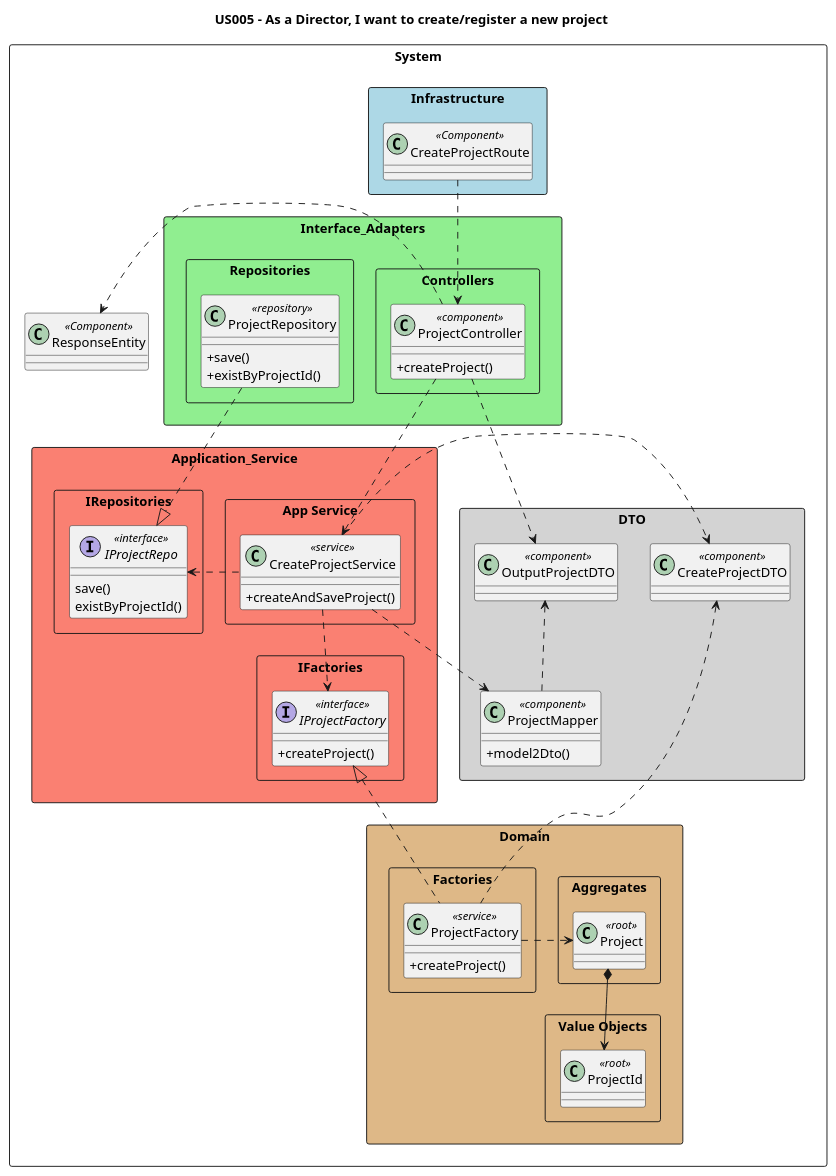
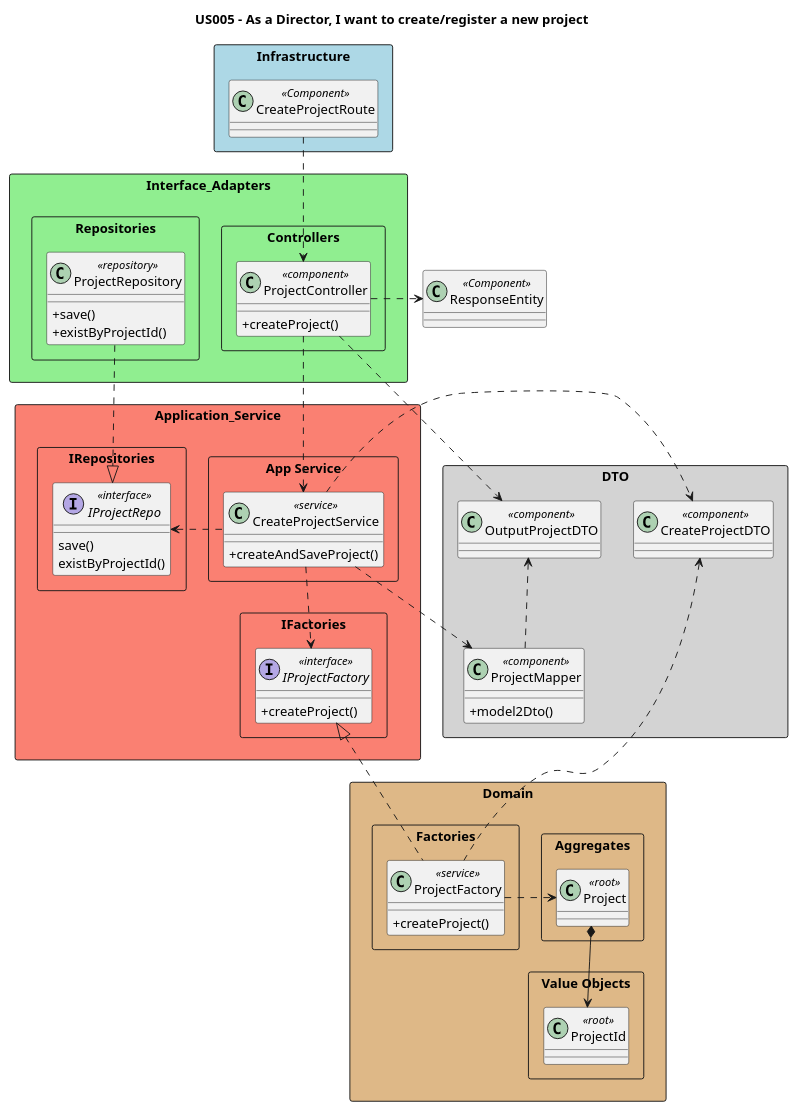
The diagram in docs/Sprint1/US005/US005-CD.puml (nunogon1211787/projectManagement), drawn with PlantUML before and after one commit. The commit also changed 11 other files, not shown here.

```diff
--- a/docs/Sprint1/US005/US005-CD.puml
+++ b/docs/Sprint1/US005/US005-CD.puml
@@ -1,104 +1,103 @@
 @startuml
 'https://plantuml.com/class-diagram
 
 skinparam classAttributeIconSize 0
 
 title US005 - As a Director, I want to create/register a new project
 
 
-package "System" <<Rectangle>> {
 
 '-------------------INFRASTRUCTURE-----------------------'
 package "Infrastructure" <<Rectangle>>  #lightblue {
 class "CreateProjectRoute" as infra <<Component>>{
 }
 }
 
 
 '-------------------INTERFACE ADAPTERS-------------------'
 package Interface_Adapters <<Rectangle>> #lightgreen{
 package "Controllers" <<Rectangle>> {
 class "ProjectController" as Ctrl <<component>> {
 +createProject()
 }
 }
 package Repositories <<Rectangle>> {
 class "ProjectRepository" as projectRepo <<repository>> {
 +save()
 +existByProjectId()
 }
 }
 }
 
 '-------------------APPLICATION SERVICE------------------'
 package Application_Service <<Rectangle>> #salmon {
 package IFactories <<Rectangle>> {
 interface "IProjectFactory" as inter <<interface>>{
 +createProject()
 }
 }
 package IRepositories <<Rectangle>> {
 interface "IProjectRepo" as iRepo <<interface>>{
 save()
 existByProjectId()
 }
 }
 
 package "App Service" <<Rectangle>> {
 class "CreateProjectService" as service <<service>> {
 +createAndSaveProject()
 }
 }
 }
 
 
 '-------------------DOMAIN-------------------------------'
 package Domain <<Rectangle>> #burlywood{
 package "Aggregates" <<Rectangle>> {
 class "Project" as project <<root>>
 }
 package "Factories" <<Rectangle>> {
 class "ProjectFactory" as factory <<service>> {
 +createProject()
 }
 }
 package "Value Objects" <<Rectangle>> {
 class "ProjectId" as projId <<root>>
 }
 }
 
 
 '-------------------DTO----------------------------------'
 package "DTO" <<Rectangle>> #lightgrey{
 class "ProjectMapper" as mapper <<component>> {
 +model2Dto()
 }
 class "CreateProjectDTO" as projectDTO <<component>>
 class "OutputProjectDTO" as outPutDTO <<component>>
 }
 
 
 '-------------------OTHERS-------------------------------'
 class "ResponseEntity" as json <<Component>>
 
-}
+
 
 
 '-------------------RELATIONSHIPS------------------------'
 infra ..> Ctrl
 Ctrl ..> service
 Ctrl .> json
 projectRepo ..|> iRepo
 service .l.> iRepo
 service ..> inter
 service .r.> mapper
 factory .u.|> inter
 factory .r.> project
 factory .l.> projectDTO
 service .r.> projectDTO
 mapper .u.> outPutDTO
 Ctrl ..> outPutDTO
 project *--> projId
 
 
 @enduml
```
